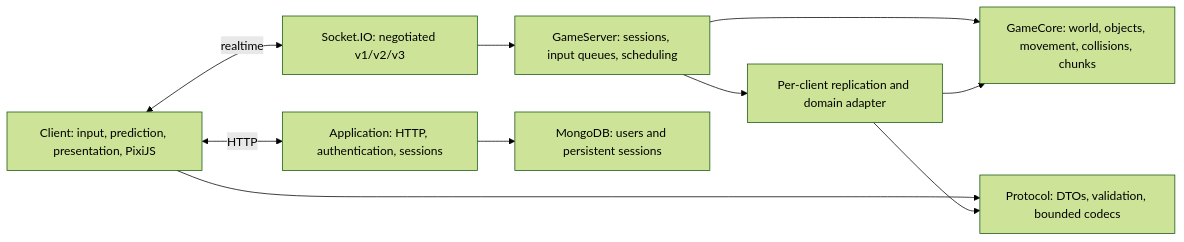
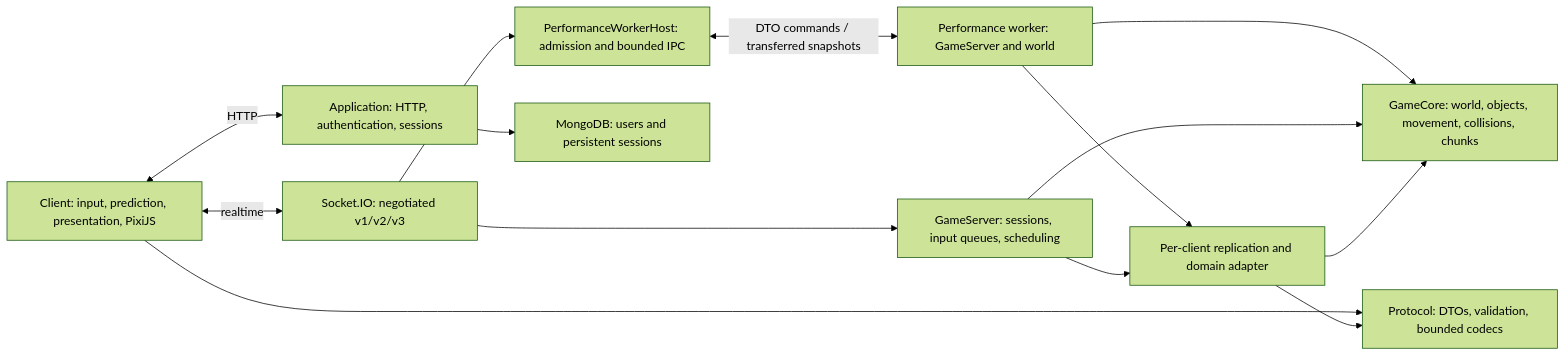
Before and after one commit to Piecha93/NodeMMOGame: the first of 2 diagrams in docs/architecture.md, drawn with Mermaid (forest theme). The commit also changed other lines of this file and 19 other files, not shown here.

First line of the commit message:
Isolate the performance world in a bounded worker thread

````diff
--- a/docs/architecture.md
+++ b/docs/architecture.md
@@ -7,21 +7,27 @@
 ```mermaid
 flowchart LR
     Browser["Client: input, prediction, presentation, PixiJS"]
     HTTP["Application: HTTP, authentication, sessions"]
     Transport["Socket.IO: negotiated v1/v2/v3"]
     Server["GameServer: sessions, input queues, scheduling"]
+    Gateway["PerformanceWorkerHost: admission and bounded IPC"]
+    Worker["Performance worker: GameServer and world"]
     Protocol["Protocol: DTOs, validation, bounded codecs"]
     Replication["Per-client replication and domain adapter"]
     Core["GameCore: world, objects, movement, collisions, chunks"]
     Mongo["MongoDB: users and persistent sessions"]
 
     Browser <-->|"HTTP"| HTTP
     Browser <-->|"realtime"| Transport
     Transport --> Server
+    Transport --> Gateway
+    Gateway <-->|"DTO commands / transferred snapshots"| Worker
+    Worker --> Core
+    Worker --> Replication
     Server --> Core
     Server --> Replication
     Browser --> Protocol
     Replication --> Protocol
     Replication --> Core
     HTTP --> Mongo
 ```
````
